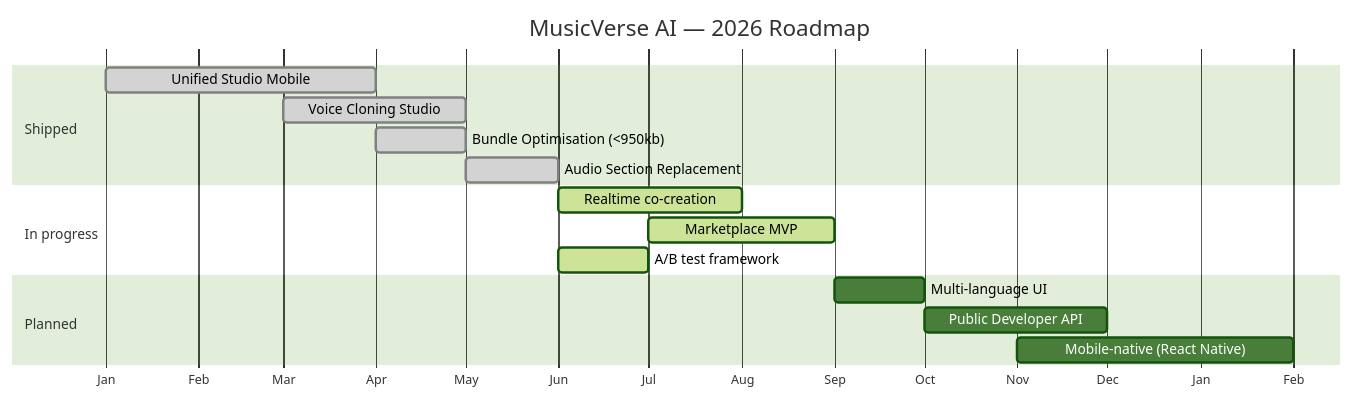
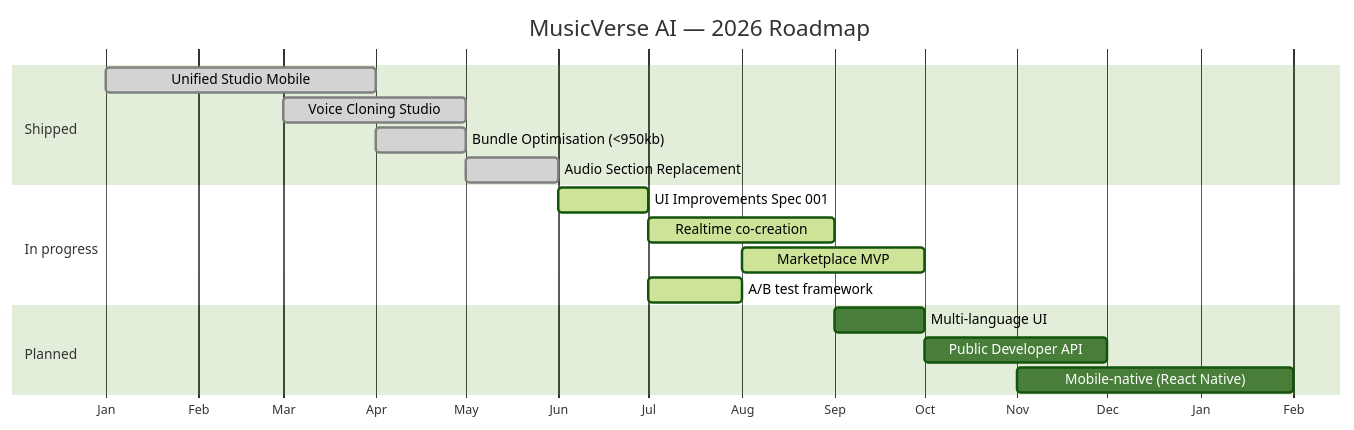
One commit to HOW2AI-AGENCY/aimusicverse changed the diagram in ROADMAP.md. Above: the diagram before and after it, drawn with Mermaid (forest theme). The commit also changed other lines of this file and 5 other files, not shown here.

Commit message:
chore: update project status and roadmap while formalizing sprint management documentation

````diff
--- a/ROADMAP.md
+++ b/ROADMAP.md
@@ -26,19 +26,20 @@
 ```mermaid
 gantt
     title MusicVerse AI — 2026 Roadmap
     dateFormat YYYY-MM
     axisFormat %b
     section Shipped
     Unified Studio Mobile        :done, 2026-01, 2026-04
     Voice Cloning Studio         :done, 2026-03, 2026-05
     Bundle Optimisation (<950kb) :done, 2026-04, 2026-05
     Audio Section Replacement    :done, 2026-05, 2026-06
     section In progress
-    Realtime co-creation         :active, 2026-06, 2026-08
-    Marketplace MVP              :active, 2026-07, 2026-09
-    A/B test framework           :active, 2026-06, 2026-07
+    UI Improvements Spec 001     :active, 2026-06, 2026-07
+    Realtime co-creation         :active, 2026-07, 2026-09
+    Marketplace MVP              :active, 2026-08, 2026-10
+    A/B test framework           :active, 2026-07, 2026-08
     section Planned
     Multi-language UI            : 2026-09, 2026-10
     Public Developer API         : 2026-10, 2026-12
     Mobile-native (React Native) : 2026-11, 2027-02
 ```
````
